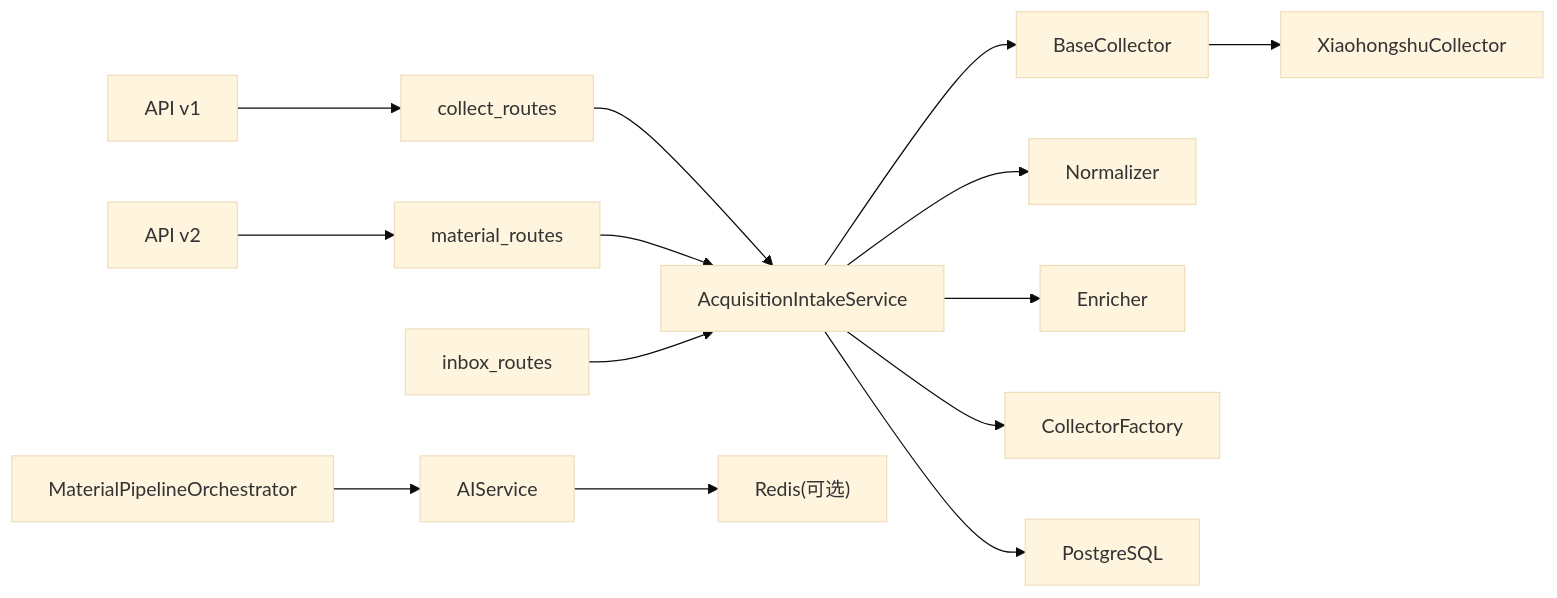
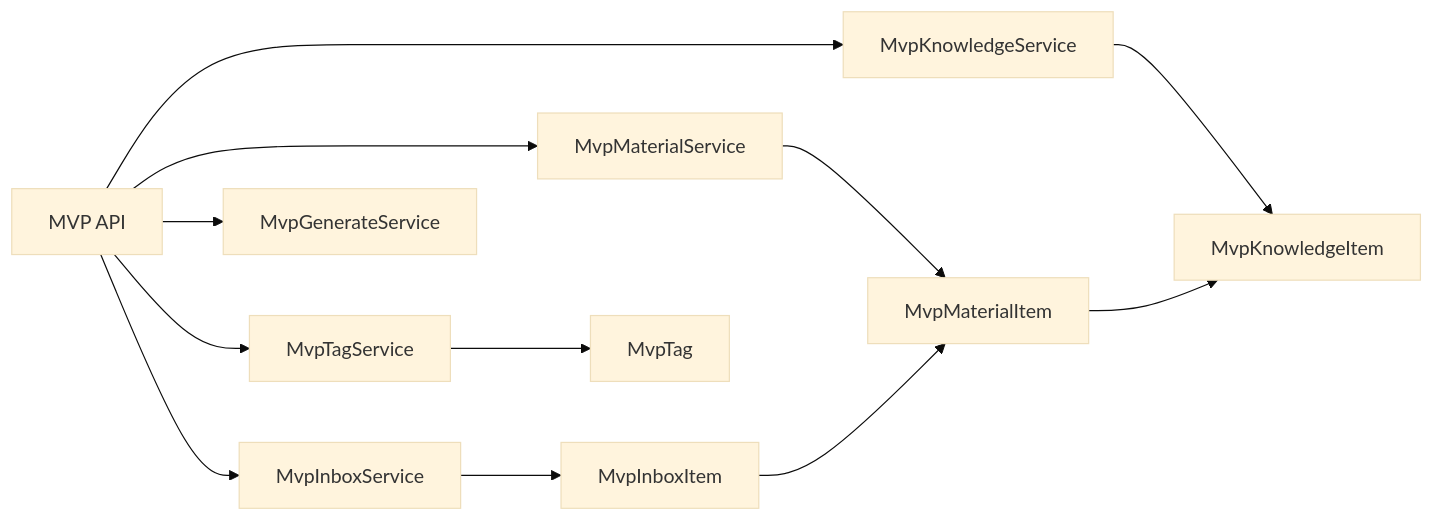
One commit to dream-ze/AI_huoke- changed the sixth of 6 diagrams in .qoder/repowiki/zh/content/内容采集系统/内容采集系统.md. Above: the diagram before and after it, drawn with Mermaid (base theme). The commit also changed other lines of this file and 25 other files, not shown here.

````diff
--- a/.qoder/repowiki/zh/content/内容采集系统/内容采集系统.md
+++ b/.qoder/repowiki/zh/content/内容采集系统/内容采集系统.md
@@ -416,16 +382,14 @@
 ```mermaid
 graph LR
-API_V1["API v1"] --> COLLECT_ROUTES["collect_routes"]
-API_V2["API v2"] --> MATERIAL_ROUTES["material_routes"]
-COLLECT_ROUTES --> AC["AcquisitionIntakeService"]
-MATERIAL_ROUTES --> AC
-INBOX_ROUTES["inbox_routes"] --> AC
-AC --> BC["BaseCollector"]
-BC --> XC["XiaohongshuCollector"]
-AC --> NF["Normalizer"]
-AC --> EN["Enricher"]
-AC --> FC["CollectorFactory"]
-AC --> DB["PostgreSQL"]
-MPO["MaterialPipelineOrchestrator"] --> AI["AIService"]
-AI --> REDIS["Redis(可选)"]
+MVP_API["MVP API"] --> INBOX_SERVICE["MvpInboxService"]
+MVP_API --> MATERIAL_SERVICE["MvpMaterialService"]
+MVP_API --> TAG_SERVICE["MvpTagService"]
+MVP_API --> KNOWLEDGE_SERVICE["MvpKnowledgeService"]
+MVP_API --> GENERATE_SERVICE["MvpGenerateService"]
+INBOX_SERVICE --> INBOX_MODEL["MvpInboxItem"]
+MATERIAL_SERVICE --> MATERIAL_MODEL["MvpMaterialItem"]
+TAG_SERVICE --> TAG_MODEL["MvpTag"]
+KNOWLEDGE_SERVICE --> KNOWLEDGE_MODEL["MvpKnowledgeItem"]
+INBOX_MODEL --> MATERIAL_MODEL
+MATERIAL_MODEL --> KNOWLEDGE_MODEL
 ```
````
